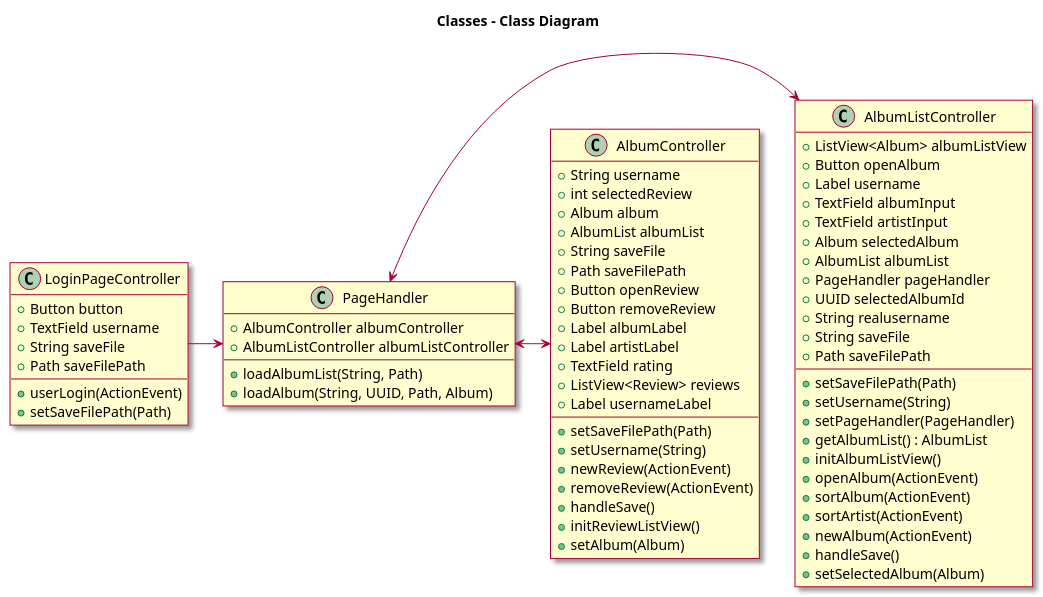
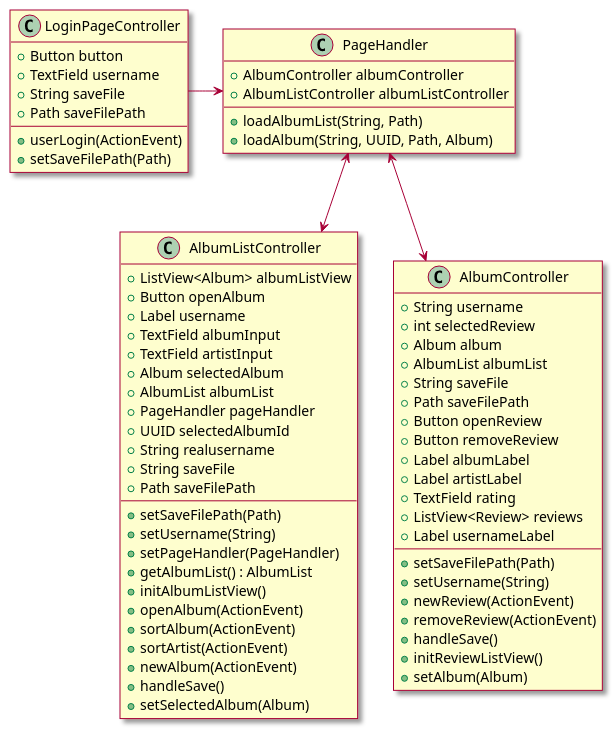
Before and after one commit to Snorre98/gr2337: the diagram in albumreview/docs/assets/classDiagramR3.puml, drawn with PlantUML. The commit also changed 1 other file, not shown here.

Commit message:
Created package diagram and tweeked class diagram co-authored by Brendank #113

```diff
--- a/albumreview/docs/assets/classDiagramR3.puml
+++ b/albumreview/docs/assets/classDiagramR3.puml
@@ -1,84 +1,74 @@
 @startuml Class Diagram R3
 
 skin rose
 
-title Classes - Class Diagram
-
-  
 class PageHandler {
   +AlbumController albumController
   +AlbumListController albumListController
   +loadAlbumList(String, Path)
   +loadAlbum(String, UUID, Path, Album)
   }
   
 class AlbumListController{
   +ListView<Album> albumListView
   +Button openAlbum
   +Label username
   +TextField albumInput
   +TextField artistInput
   +Album selectedAlbum
   +AlbumList albumList  
   +PageHandler pageHandler
   +UUID selectedAlbumId
   +String realusername
   +String saveFile
   +Path saveFilePath  
   +setSaveFilePath(Path)
   +setUsername(String)
   +setPageHandler(PageHandler)
   +getAlbumList() : AlbumList
   +initAlbumListView()
   +openAlbum(ActionEvent)
   +sortAlbum(ActionEvent)
   +sortArtist(ActionEvent)
   +newAlbum(ActionEvent)
   +handleSave()
   +setSelectedAlbum(Album)
   }
   
 class AlbumController{
   +String username
   +int selectedReview
   +Album album
   +AlbumList albumList
   +String saveFile  
   +Path saveFilePath
   +Button openReview
   +Button removeReview
   +Label albumLabel
   +Label artistLabel
   +TextField rating
   +ListView<Review> reviews
   +Label usernameLabel
   +setSaveFilePath(Path)
   +setUsername(String)
   +newReview(ActionEvent)
   +removeReview(ActionEvent)
   +handleSave()
   +initReviewListView()
   +setAlbum(Album)
   }
   
 class LoginPageController {
   +Button button
   +TextField username 
   +String saveFile
   +Path saveFilePath  
   +userLogin(ActionEvent)
   +setSaveFilePath(Path)
   }
   
 LoginPageController -> PageHandler
-PageHandler <-> AlbumListController
-
-PageHandler <-> AlbumController
-
-
-
-  
-
-
+PageHandler <--> AlbumListController
+PageHandler <--> AlbumController
 
 @enduml
```
